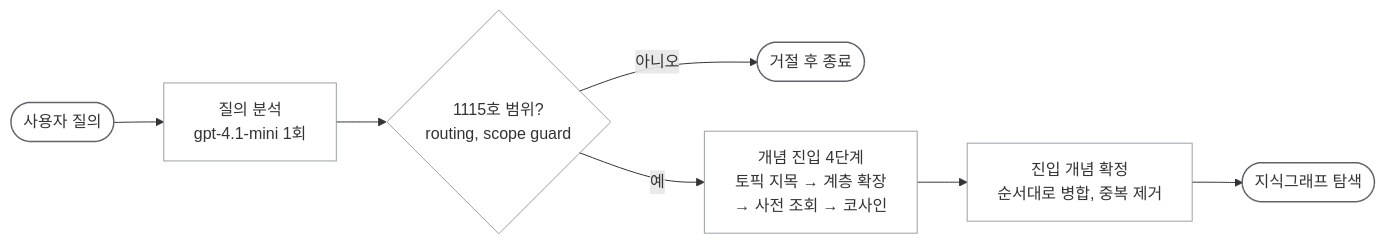
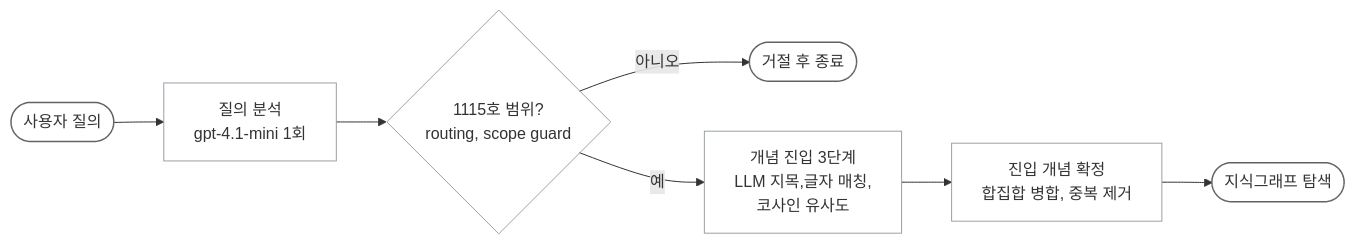
One commit to ghdtjrgns321-creator/k-ifrs-1115 changed the third of 4 diagrams in README.md. Above: the diagram before and after it, drawn with Mermaid. The commit also changed other lines of this file, not shown here.

````diff
--- a/README.md
+++ b/README.md
@@ -273,14 +299,14 @@
 ```mermaid
 flowchart LR
     Q(["사용자 질의"]) --> A["질의 분석<br/>gpt-4.1-mini 1회"]
     A --> G{"1115호 범위?<br/>routing, scope guard"}
     G -->|아니오| STOP(["거절 후 종료"])
-    G -->|예| E["개념 진입 4단계<br/>토픽 지목 → 계층 확장<br/>→ 사전 조회 → 코사인"]
-    E --> M["진입 개념 확정<br/>순서대로 병합, 중복 제거"]
+    G -->|예| E["개념 진입 3단계<br/>LLM 지목,글자 매칭,<br/>코사인 유사도"]
+    E --> M["진입 개념 확정<br/>합집합 병합, 중복 제거"]
     M --> R(["지식그래프 탐색"])
 
     classDef step fill:none,stroke:#9aa0a6,stroke-width:1px
     classDef port fill:none,stroke:#5f6368,stroke-width:1.5px
     class A,G,E,M step
     class Q,STOP,R port
 ```
````
